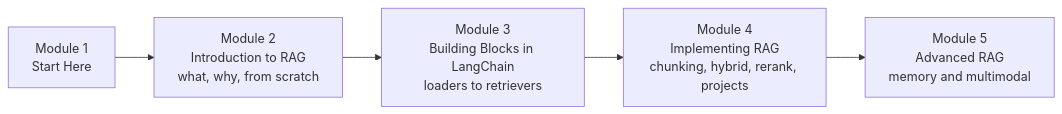
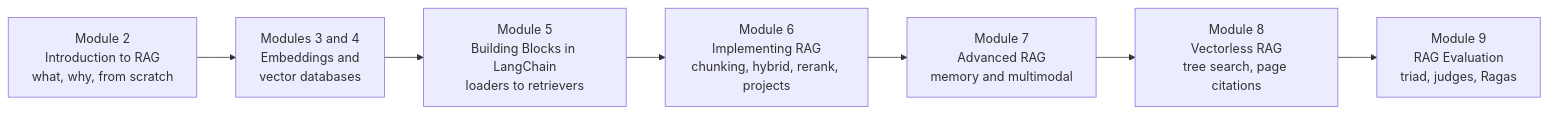
Before and after one commit to sourabh1996/sourabh1996.github.io: the diagram in courses/retrieval-augmented-generation-rag/01-start-here/how-this-course-works.md, drawn with Mermaid. The commit also changed other lines of this file and 6 other files, not shown here.

First line of the commit message:
RAG course: finish Text Splitters outputs and update module references for the nine-module layout

````diff
--- a/courses/retrieval-augmented-generation-rag/01-start-here/how-this-course-works.md
+++ b/courses/retrieval-augmented-generation-rag/01-start-here/how-this-course-works.md
@@ -47,7 +50,9 @@
 ```mermaid
 flowchart LR
-  A["Module 1<br/>Start Here"] --> B["Module 2<br/>Introduction to RAG<br/>what, why, from scratch"]
-  B --> C["Module 3<br/>Building Blocks in LangChain<br/>loaders to retrievers"]
-  C --> D["Module 4<br/>Implementing RAG<br/>chunking, hybrid, rerank, projects"]
-  D --> E["Module 5<br/>Advanced RAG<br/>memory and multimodal"]
+  B["Module 2<br/>Introduction to RAG<br/>what, why, from scratch"] --> C["Modules 3 and 4<br/>Embeddings and<br/>vector databases"]
+  C --> D["Module 5<br/>Building Blocks in LangChain<br/>loaders to retrievers"]
+  D --> E["Module 6<br/>Implementing RAG<br/>chunking, hybrid, rerank, projects"]
+  E --> F["Module 7<br/>Advanced RAG<br/>memory and multimodal"]
+  F --> G["Module 8<br/>Vectorless RAG<br/>tree search, page citations"]
+  G --> H["Module 9<br/>RAG Evaluation<br/>triad, judges, Ragas"]
 ```
````
